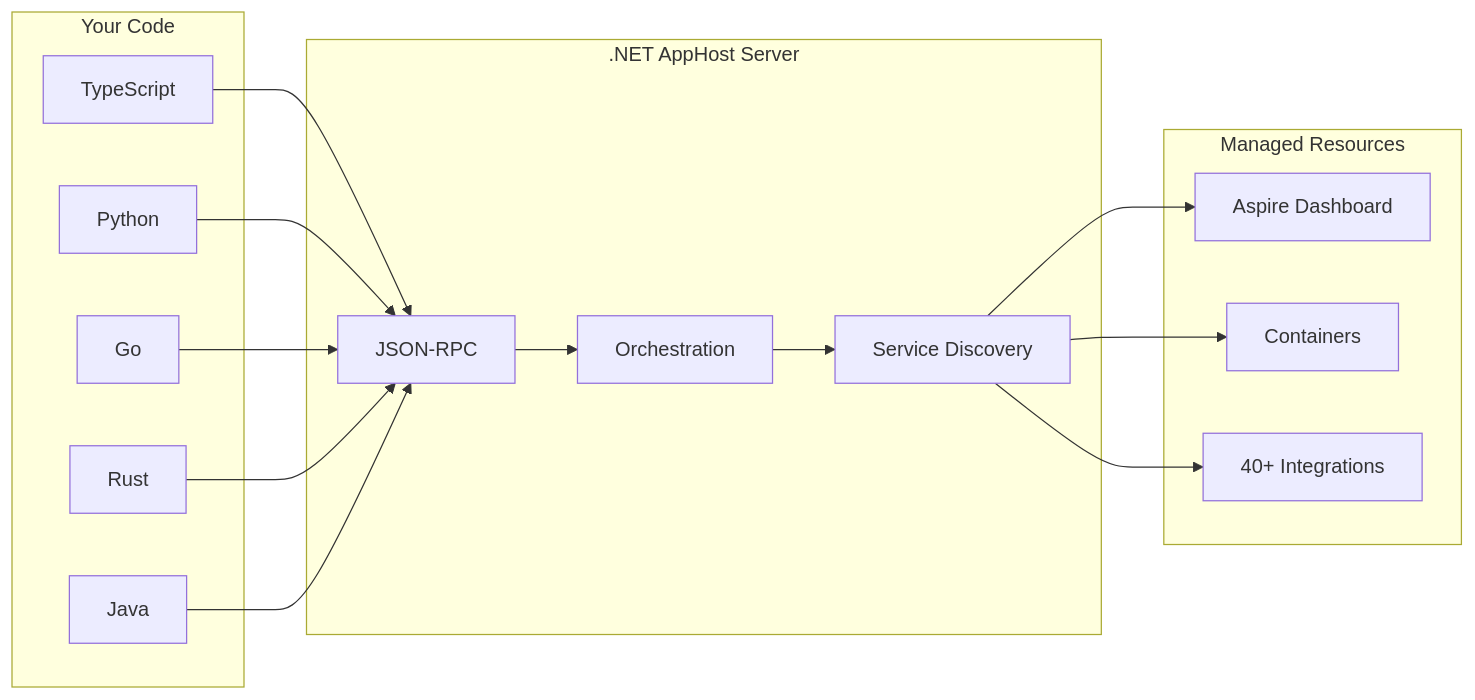
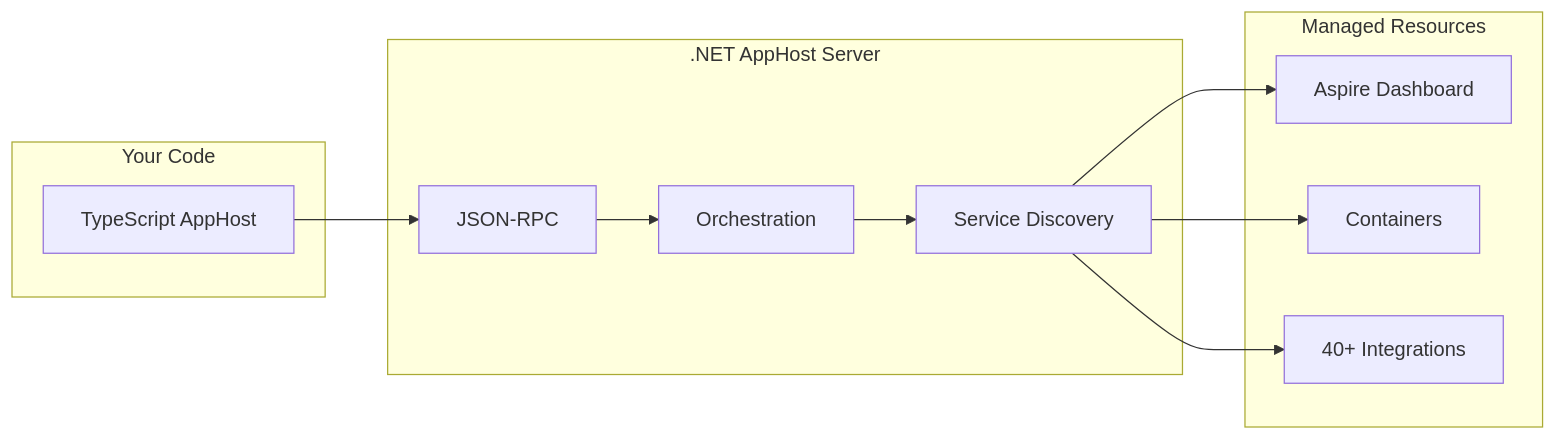
The diagram in src/frontend/src/content/docs/app-host/polyglot-apphost.mdx (microsoft/aspire.dev), drawn with Mermaid before and after one commit. The commit also changed other lines of this file, not shown here.

First line of the commit message:
Update polyglot article for TypeScript-only coverage

````diff
--- a/src/frontend/src/content/docs/app-host/polyglot-apphost.mdx
+++ b/src/frontend/src/content/docs/app-host/polyglot-apphost.mdx
@@ -58,27 +56,23 @@
 ```mermaid
 flowchart LR
     subgraph YourCode["Your Code"]
-        TS["TypeScript"]
-        PY["Python"]
-        GO["Go"]
-        RS["Rust"]
-        JV["Java"]
+        TS["TypeScript AppHost"]
     end
 
     subgraph Server[".NET AppHost Server"]
         RPC["JSON-RPC"]
         ORCH["Orchestration"]
         SD["Service Discovery"]
     end
 
     subgraph Resources["Managed Resources"]
         DASH["Aspire Dashboard"]
         CONT["Containers"]
         INT["40+ Integrations"]
     end
 
-    TS & PY & GO & RS & JV --> RPC
+    TS --> RPC
     RPC --> ORCH
     ORCH --> SD
     SD --> DASH & CONT & INT
 ```
````
